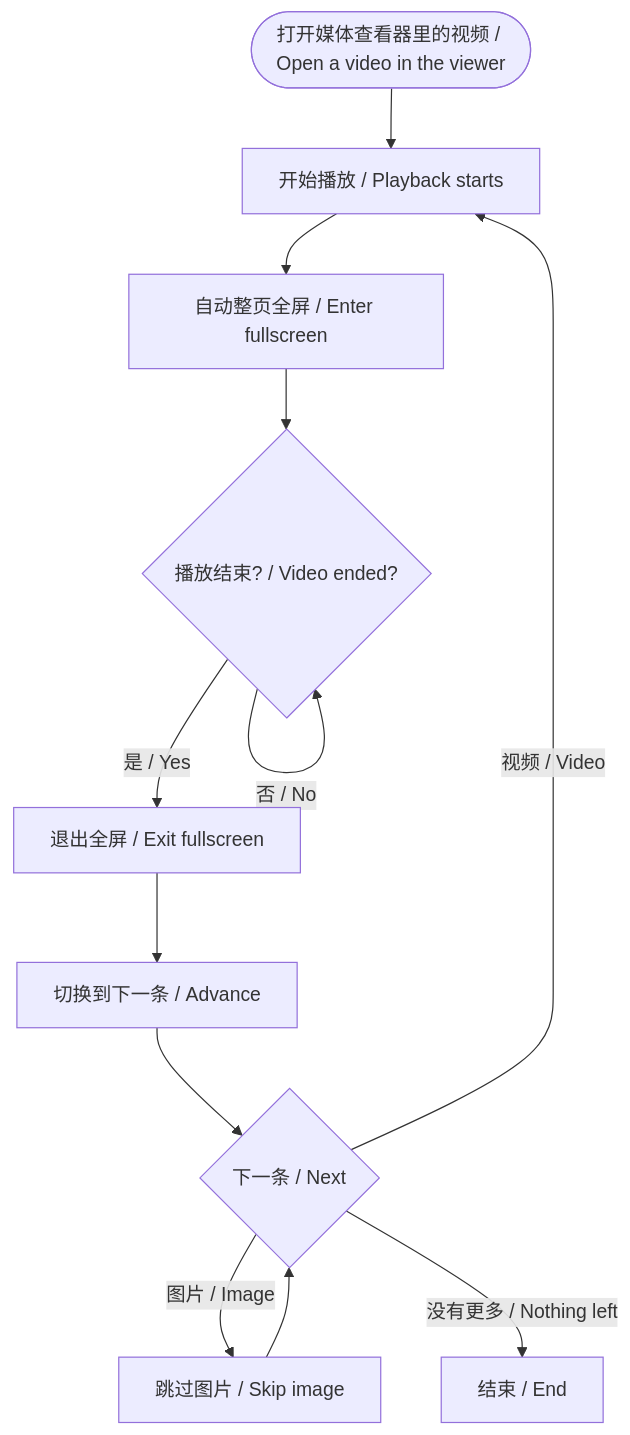
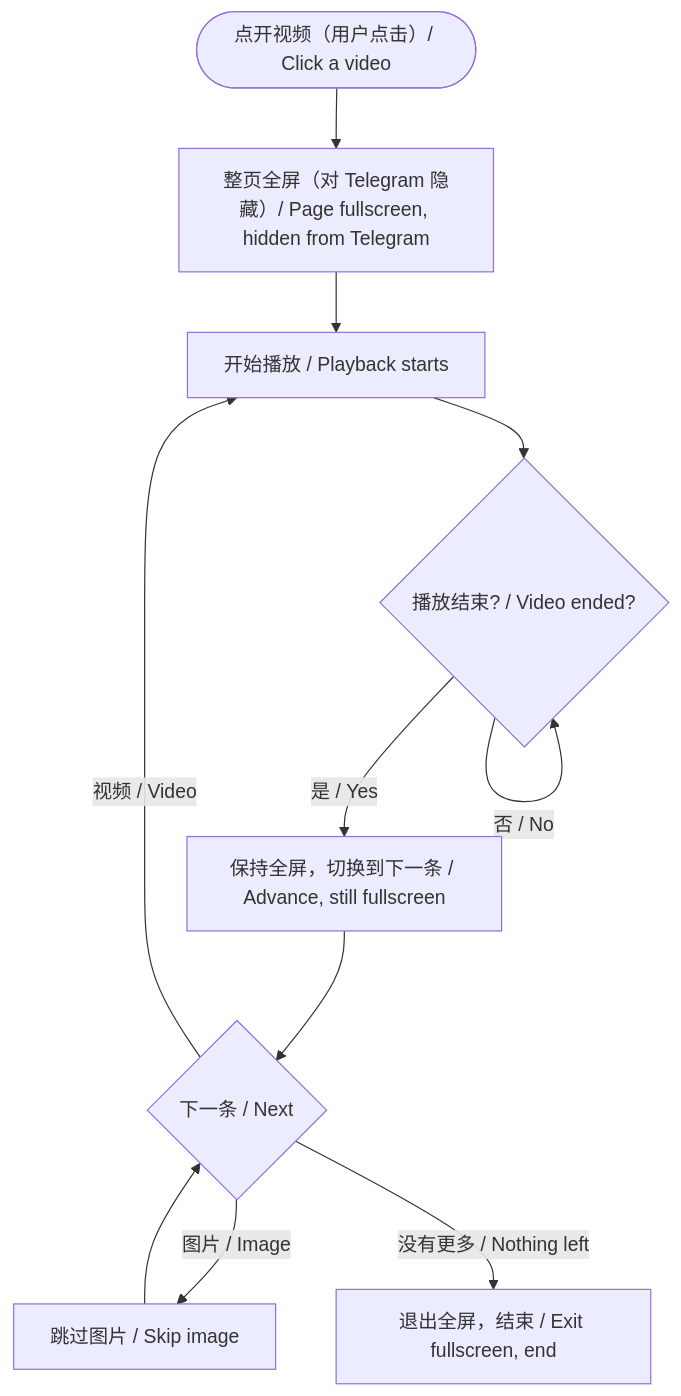
The diagram in README.md (shixin-qiao/telegram-web-a-video-playlist), drawn with Mermaid before and after one commit. The commit also changed other lines of this file and 2 other files, not shown here.

First line of the commit message:
fix(script): v1.7.0 点击时请求全屏并对 Telegram 隐藏整页全屏，连播全程保持全屏

````diff
--- a/README.md
+++ b/README.md
@@ -59,14 +59,13 @@
 ```mermaid
 flowchart TD
-    A(["打开媒体查看器里的视频 / Open a video in the viewer"]) --> B["开始播放 / Playback starts"]
-    B --> C["自动整页全屏 / Enter fullscreen"]
-    C --> D{"播放结束? / Video ended?"}
+    A(["点开视频（用户点击）/ Click a video"]) --> C["整页全屏（对 Telegram 隐藏）/ Page fullscreen, hidden from Telegram"]
+    C --> B["开始播放 / Playback starts"]
+    B --> D{"播放结束? / Video ended?"}
     D -- "否 / No" --> D
-    D -- "是 / Yes" --> E["退出全屏 / Exit fullscreen"]
-    E --> F["切换到下一条 / Advance"]
+    D -- "是 / Yes" --> F["保持全屏，切换到下一条 / Advance, still fullscreen"]
     F --> G{"下一条 / Next"}
     G -- "图片 / Image" --> H["跳过图片 / Skip image"]
     H --> G
     G -- "视频 / Video" --> B
-    G -- "没有更多 / Nothing left" --> I["结束 / End"]
+    G -- "没有更多 / Nothing left" --> I["退出全屏，结束 / Exit fullscreen, end"]
 ```
````
